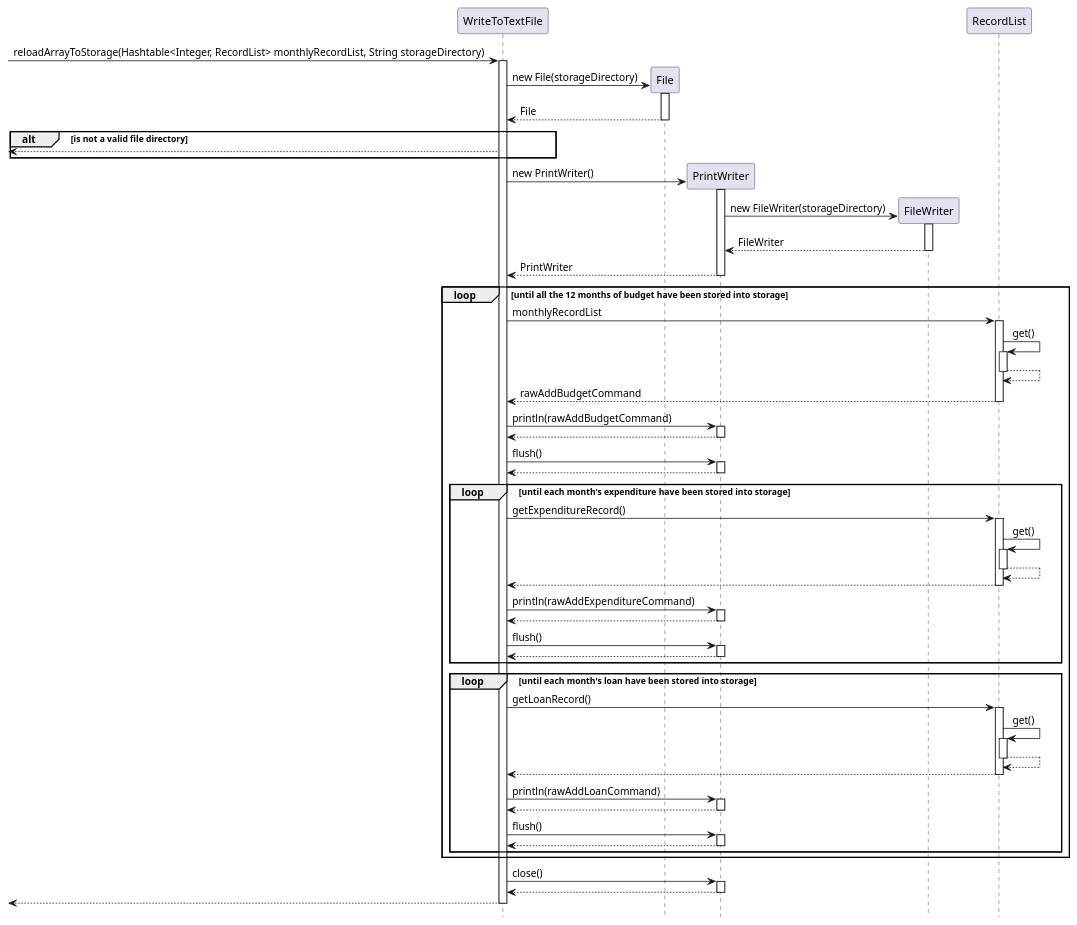
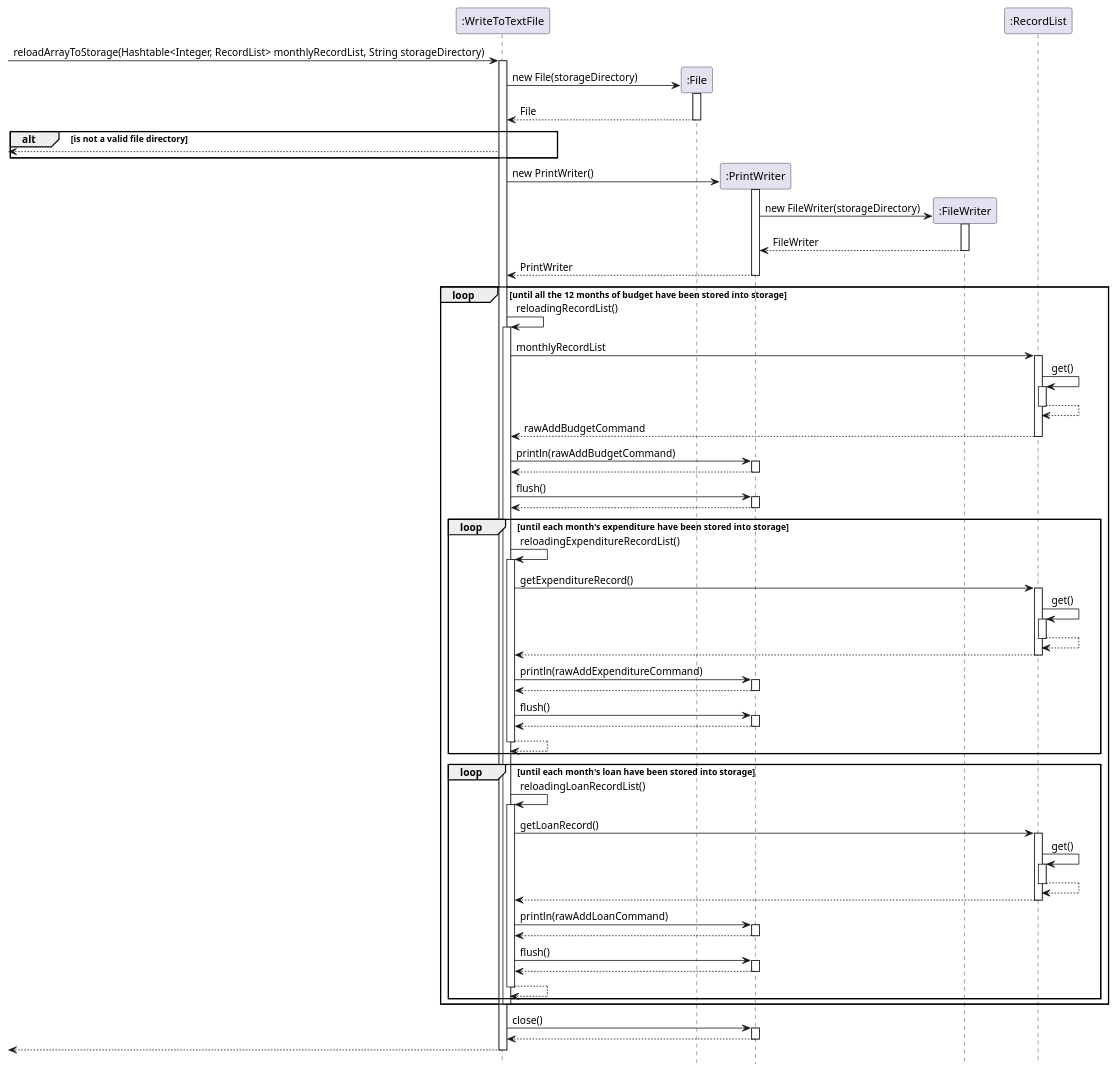
One commit to nus-cs2113-AY2122S1/tp changed the diagram in docs/diagrams/reloadArrayToStorage-Sequence_Diagram.puml. Above: the diagram before and after it, drawn with PlantUML.

Commit message:
puml change

```diff
--- a/docs/diagrams/reloadArrayToStorage-Sequence_Diagram.puml
+++ b/docs/diagrams/reloadArrayToStorage-Sequence_Diagram.puml
@@ -1,112 +1,122 @@
 @startuml
 'https://plantuml.com/sequence-diagram
 hide footbox
 
--> WriteToTextFile: reloadArrayToStorage(Hashtable<Integer, RecordList> monthlyRecordList, String storageDirectory)
+-> ":WriteToTextFile": reloadArrayToStorage(Hashtable<Integer, RecordList> monthlyRecordList, String storageDirectory)
 
-activate WriteToTextFile
+activate ":WriteToTextFile"
 
-create File
-WriteToTextFile -> File: new File(storageDirectory)
-activate File
+create ":File"
+":WriteToTextFile" -> ":File": new File(storageDirectory)
+activate ":File"
 
-File --> WriteToTextFile: File
-deactivate File
+":File" --> ":WriteToTextFile": File
+deactivate ":File"
 alt is not a valid file directory
-    <-- WriteToTextFile
+    <-- ":WriteToTextFile"
 end
 
+create ":PrintWriter"
+":WriteToTextFile" -> ":PrintWriter": new PrintWriter()
+activate ":PrintWriter"
+
+create ":FileWriter"
+":PrintWriter" -> ":FileWriter": new FileWriter(storageDirectory)
+activate ":FileWriter"
+
+":FileWriter" --> ":PrintWriter": FileWriter
+deactivate ":FileWriter"
+
+":PrintWriter" --> ":WriteToTextFile": PrintWriter
+deactivate ":PrintWriter"
+
+loop until all the 12 months of budget have been stored into storage
+":WriteToTextFile" -> ":WriteToTextFile": reloadingRecordList()
+
+activate ":WriteToTextFile"
 
 
-create PrintWriter
-WriteToTextFile -> PrintWriter: new PrintWriter()
-activate PrintWriter
+":WriteToTextFile" -> ":RecordList": monthlyRecordList
 
-create FileWriter
-PrintWriter -> FileWriter: new FileWriter(storageDirectory)
-activate FileWriter
-
-FileWriter --> PrintWriter: FileWriter
-deactivate FileWriter
-
-PrintWriter --> WriteToTextFile: PrintWriter
-deactivate PrintWriter
-
-loop until all the 12 months of budget have been stored into storage
-
-WriteToTextFile -> RecordList: monthlyRecordList
-activate RecordList
-RecordList -> RecordList:get()
-activate RecordList
-RecordList --> RecordList
-deactivate RecordList
-RecordList --> WriteToTextFile: rawAddBudgetCommand
-deactivate RecordList
+activate ":RecordList"
+":RecordList" -> ":RecordList":get()
+activate ":RecordList"
+":RecordList" --> ":RecordList"
+deactivate ":RecordList"
+":RecordList" --> ":WriteToTextFile": rawAddBudgetCommand
+deactivate ":RecordList"
 
 
-WriteToTextFile -> PrintWriter: println(rawAddBudgetCommand)
-activate PrintWriter
-PrintWriter --> WriteToTextFile
-deactivate PrintWriter
+":WriteToTextFile" -> ":PrintWriter": println(rawAddBudgetCommand)
+activate ":PrintWriter"
+":PrintWriter" --> ":WriteToTextFile"
+deactivate ":PrintWriter"
 
-WriteToTextFile -> PrintWriter: flush()
-activate PrintWriter
-PrintWriter --> WriteToTextFile
-deactivate PrintWriter
+":WriteToTextFile" -> ":PrintWriter": flush()
+activate ":PrintWriter"
+":PrintWriter" --> ":WriteToTextFile"
+deactivate ":PrintWriter"
 
 loop until each month's expenditure have been stored into storage
-WriteToTextFile -> RecordList: getExpenditureRecord()
-activate RecordList
-RecordList -> RecordList:get()
-activate RecordList
-RecordList --> RecordList
-deactivate RecordList
-RecordList --> WriteToTextFile:
-deactivate RecordList
+":WriteToTextFile" -> ":WriteToTextFile": reloadingExpenditureRecordList()
+activate ":WriteToTextFile"
+":WriteToTextFile" -> ":RecordList": getExpenditureRecord()
+activate ":RecordList"
+":RecordList" -> ":RecordList":get()
+activate ":RecordList"
+":RecordList" --> ":RecordList"
+deactivate ":RecordList"
+":RecordList" --> ":WriteToTextFile"
+deactivate ":RecordList"
 
-WriteToTextFile -> PrintWriter: println(rawAddExpenditureCommand)
-activate PrintWriter
-PrintWriter --> WriteToTextFile
-deactivate PrintWriter
+":WriteToTextFile" -> ":PrintWriter": println(rawAddExpenditureCommand)
+activate ":PrintWriter"
+":PrintWriter" --> ":WriteToTextFile"
+deactivate ":PrintWriter"
 
-WriteToTextFile -> PrintWriter: flush()
-activate PrintWriter
-PrintWriter --> WriteToTextFile
-deactivate PrintWriter
+":WriteToTextFile" -> ":PrintWriter": flush()
+activate ":PrintWriter"
+":PrintWriter" --> ":WriteToTextFile"
+deactivate ":PrintWriter"
+":WriteToTextFile" --> ":WriteToTextFile"
+deactivate ":WriteToTextFile"
 
 end
 
 loop until each month's loan have been stored into storage
-WriteToTextFile -> RecordList: getLoanRecord()
-activate RecordList
-RecordList -> RecordList:get()
-activate RecordList
-RecordList --> RecordList
-deactivate RecordList
-RecordList --> WriteToTextFile
-deactivate RecordList
+":WriteToTextFile" -> ":WriteToTextFile": reloadingLoanRecordList()
+activate ":WriteToTextFile"
+":WriteToTextFile" -> ":RecordList": getLoanRecord()
+activate ":RecordList"
+":RecordList" -> ":RecordList":get()
+activate ":RecordList"
+":RecordList" --> ":RecordList"
+deactivate ":RecordList"
+":RecordList" --> ":WriteToTextFile"
+deactivate ":RecordList"
 
-WriteToTextFile -> PrintWriter: println(rawAddLoanCommand)
-activate PrintWriter
-PrintWriter --> WriteToTextFile
-deactivate PrintWriter
+":WriteToTextFile" -> ":PrintWriter": println(rawAddLoanCommand)
+activate ":PrintWriter"
+":PrintWriter" --> ":WriteToTextFile"
+deactivate ":PrintWriter"
 
-WriteToTextFile -> PrintWriter: flush()
-activate PrintWriter
-PrintWriter --> WriteToTextFile
-deactivate PrintWriter
-
+":WriteToTextFile" -> ":PrintWriter": flush()
+activate ":PrintWriter"
+":PrintWriter" --> ":WriteToTextFile"
+deactivate ":PrintWriter"
+":WriteToTextFile" --> ":WriteToTextFile"
+deactivate ":WriteToTextFile"
+end
+deactivate ":WriteToTextFile"
 end
 
-end
-
-WriteToTextFile -> PrintWriter: close()
-activate PrintWriter
-PrintWriter --> WriteToTextFile
-deactivate PrintWriter
+":WriteToTextFile" -> ":PrintWriter": close()
+activate ":PrintWriter"
+":PrintWriter" --> ":WriteToTextFile"
+deactivate ":PrintWriter"
 
 return
 
-deactivate WriteToTextFile
+deactivate ":WriteToTextFile"
 
 @enduml
```
